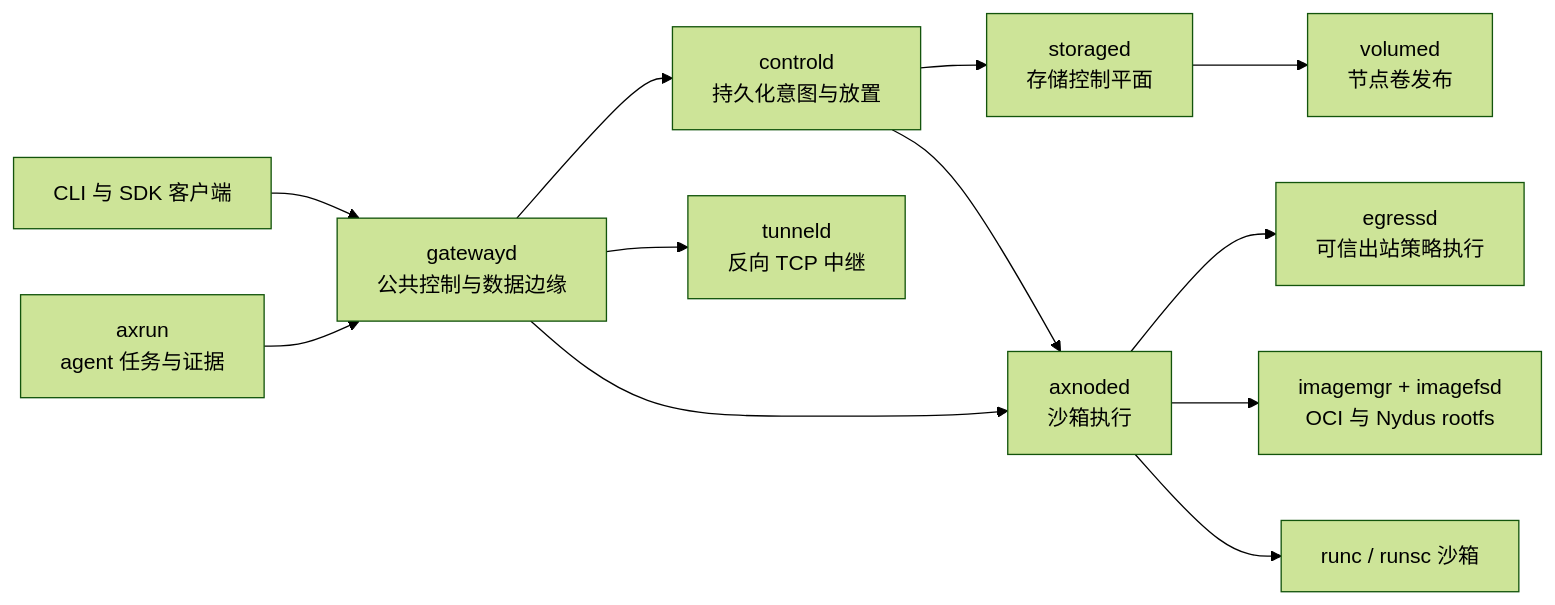
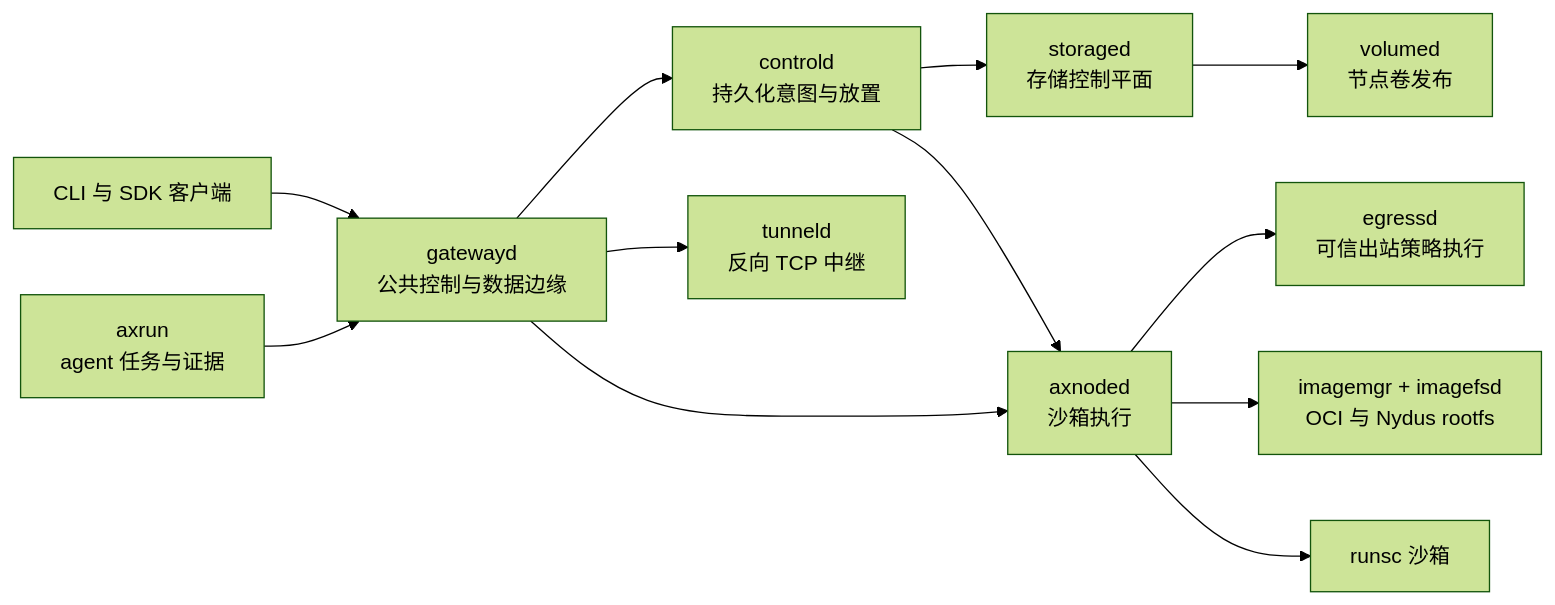
One commit to cofy-x/axern changed the diagram in README.zh-CN.md. Above: the diagram before and after it, drawn with Mermaid (forest theme). The commit also changed other lines of this file and 50 other files, not shown here.

Commit message:
refactor(runtime): converge packaged nodes and product checks on runsc

````diff
--- a/README.zh-CN.md
+++ b/README.zh-CN.md
@@ -85,14 +85,14 @@
 ```mermaid
 flowchart LR
     Client["CLI 与 SDK 客户端"] --> Gateway["gatewayd\n公共控制与数据边缘"]
     Gateway --> Control["controld\n持久化意图与放置"]
     Gateway --> Tunnel["tunneld\n反向 TCP 中继"]
     Gateway --> Node["axnoded\n沙箱执行"]
     Control --> Storage["storaged\n存储控制平面"]
     Control --> Node
     Storage --> Volume["volumed\n节点卷发布"]
     Node --> Egress["egressd\n可信出站策略执行"]
     Node --> Image["imagemgr + imagefsd\nOCI 与 Nydus rootfs"]
-    Node --> Runtime["runc / runsc 沙箱"]
+    Node --> Runtime["runsc 沙箱"]
     Axrun["axrun\nagent 任务与证据"] --> Gateway
 ```
````
